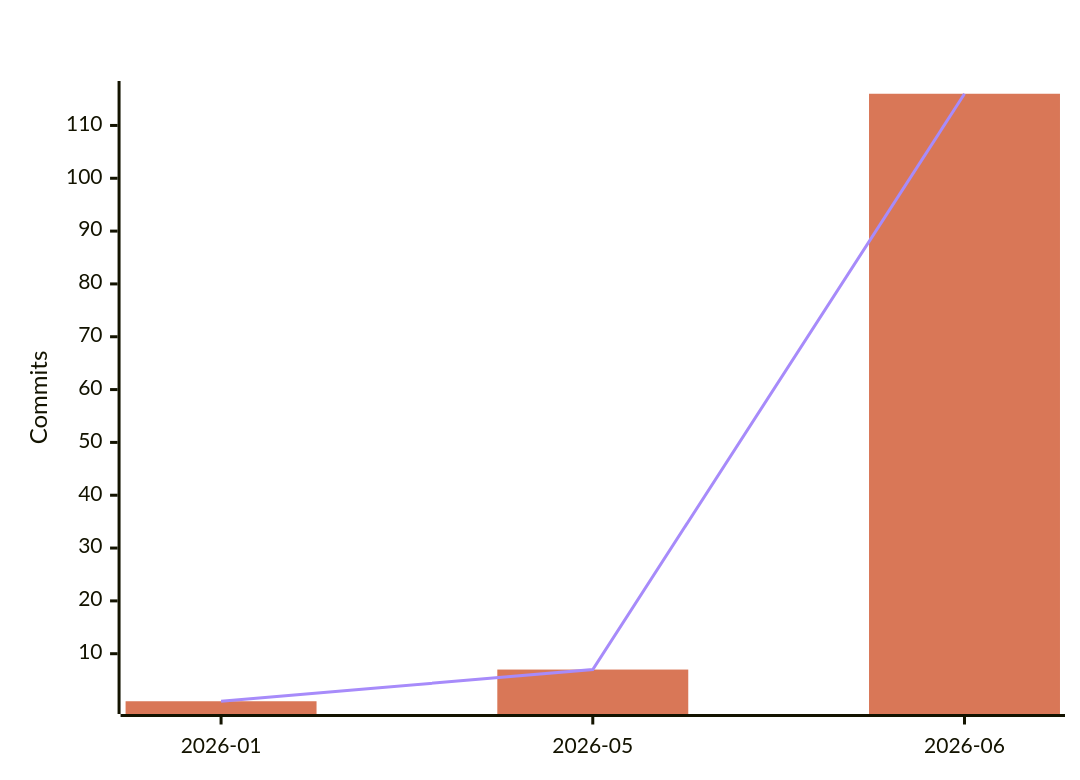
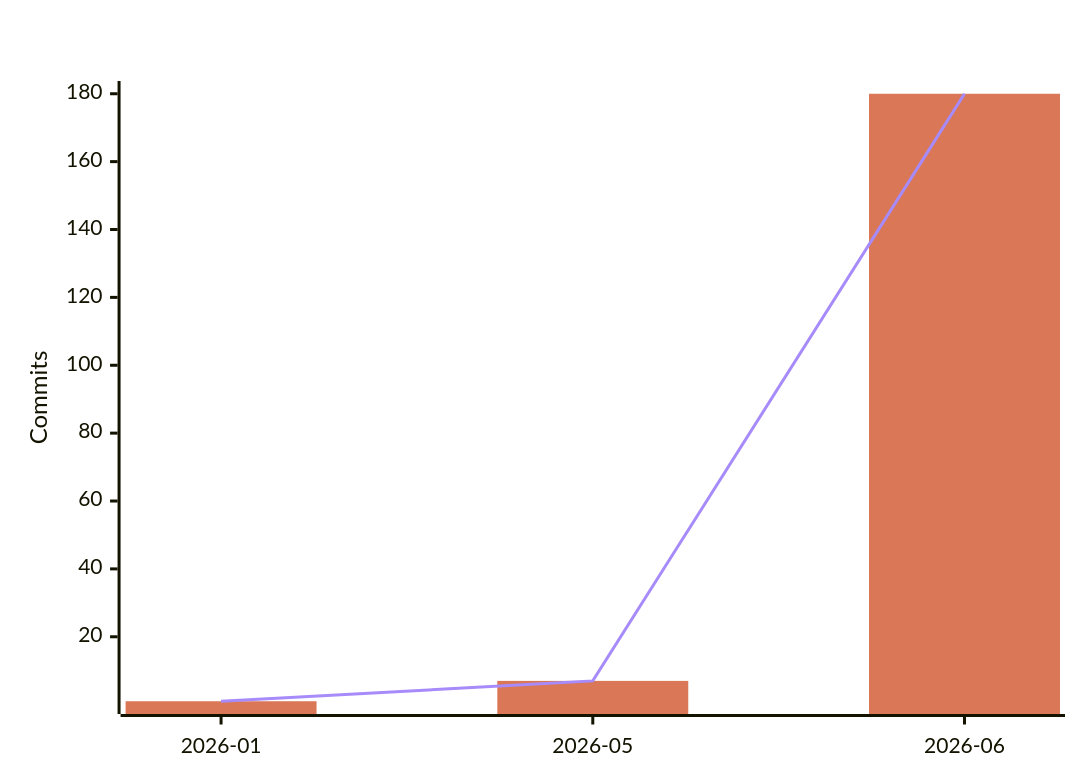
One commit to polo-nyan/polo-nyan changed the fourth of 7 diagrams in README.md. Above: the diagram before and after it, drawn with Mermaid. The commit also changed other lines of this file and 1 other file, not shown here.

````diff
--- a/README.md
+++ b/README.md
@@ -246,9 +246,9 @@
 ```mermaid
 %%{init: {"xyChart": {"titleColor": "#ffffff", "xAxisLabelColor": "#ffffff", "yAxisLabelColor": "#ffffff"}, "themeVariables": {"xyChart": {"titleColor": "#ffffff", "plotColorPalette": "#d97757, #a78bfa"}}}}%%
 xychart-beta
     title "AI-Assisted Commits Per Month"
     x-axis ["2026-01", "2026-05", "2026-06"]
     y-axis "Commits"
-    bar [1, 7, 116]
-    line [1, 7, 116]
+    bar [1, 7, 180]
+    line [1, 7, 180]
 ```
````
